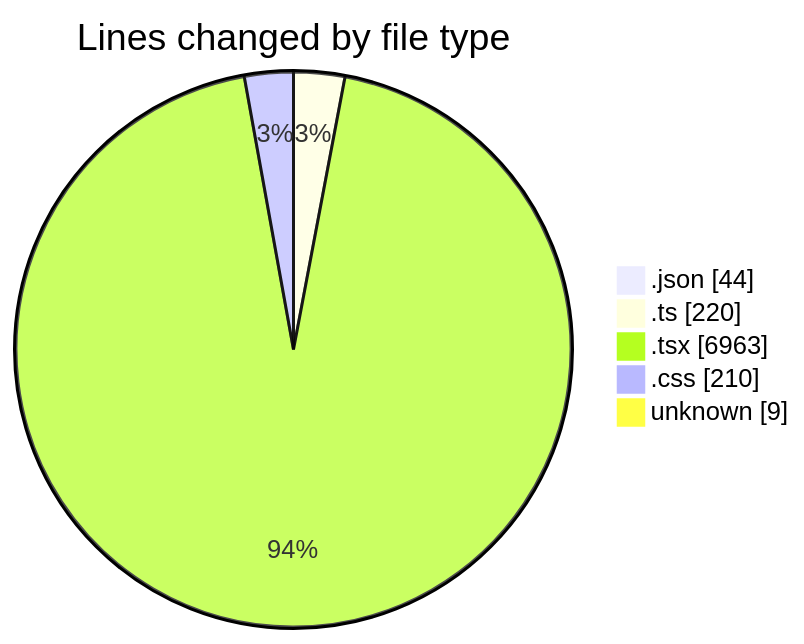
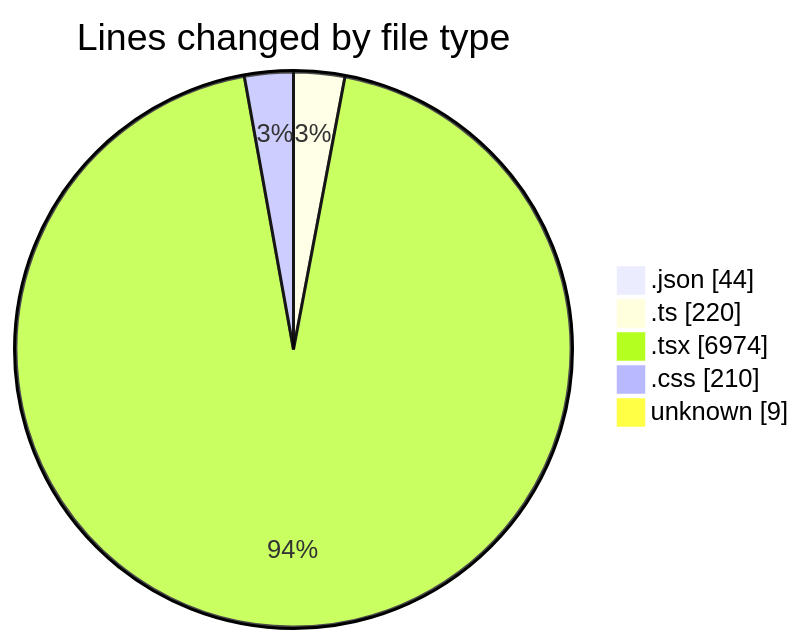
One commit to julien-gomy/code-tracking changed the first of 2 diagrams in 2025-10-24/eventscop-frontend-guide__workspace_/README.md. Above: the diagram before and after it, drawn with Mermaid. The commit also changed other lines of this file and 1 other file, not shown here.

````diff
--- a/2025-10-24/eventscop-frontend-guide__workspace_/README.md
+++ b/2025-10-24/eventscop-frontend-guide__workspace_/README.md
@@ -49,9 +49,9 @@
 ```mermaid
 pie showData
 title Lines changed by file type
 ".json" : 44
 ".ts" : 220
-".tsx" : 6963
+".tsx" : 6974
 ".css" : 210
 "unknown" : 9
 ```
````
